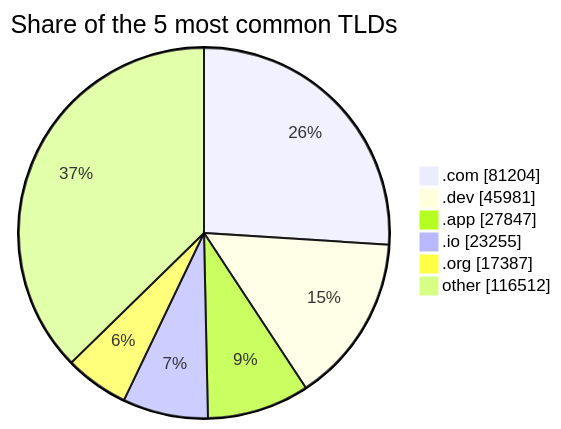
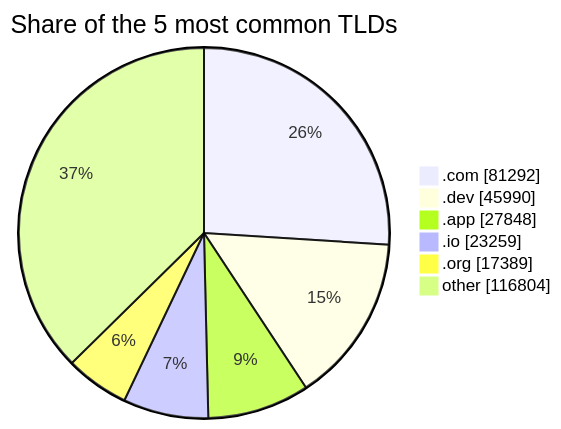
The third of 3 diagrams in README.md (DNSBunker/CTI), drawn with Mermaid before and after one commit. The commit also changed other lines of this file and 3 other files, not shown here.

````diff
--- a/README.md
+++ b/README.md
@@ -81,9 +81,9 @@
 ```mermaid
 pie showData title Share of the 5 most common TLDs
-    ".com" : 81204
-    ".dev" : 45981
-    ".app" : 27847
-    ".io" : 23255
-    ".org" : 17387
-    "other" : 116512
+    ".com" : 81292
+    ".dev" : 45990
+    ".app" : 27848
+    ".io" : 23259
+    ".org" : 17389
+    "other" : 116804
 ```
````
